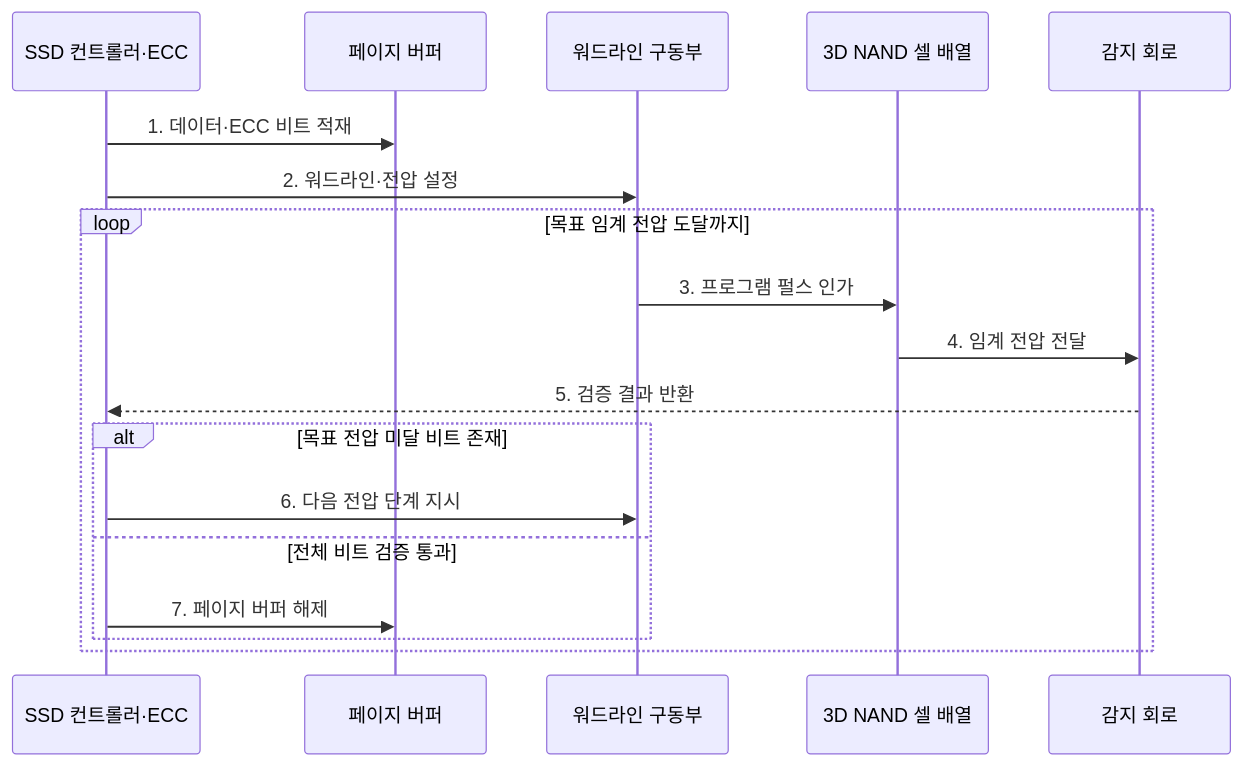
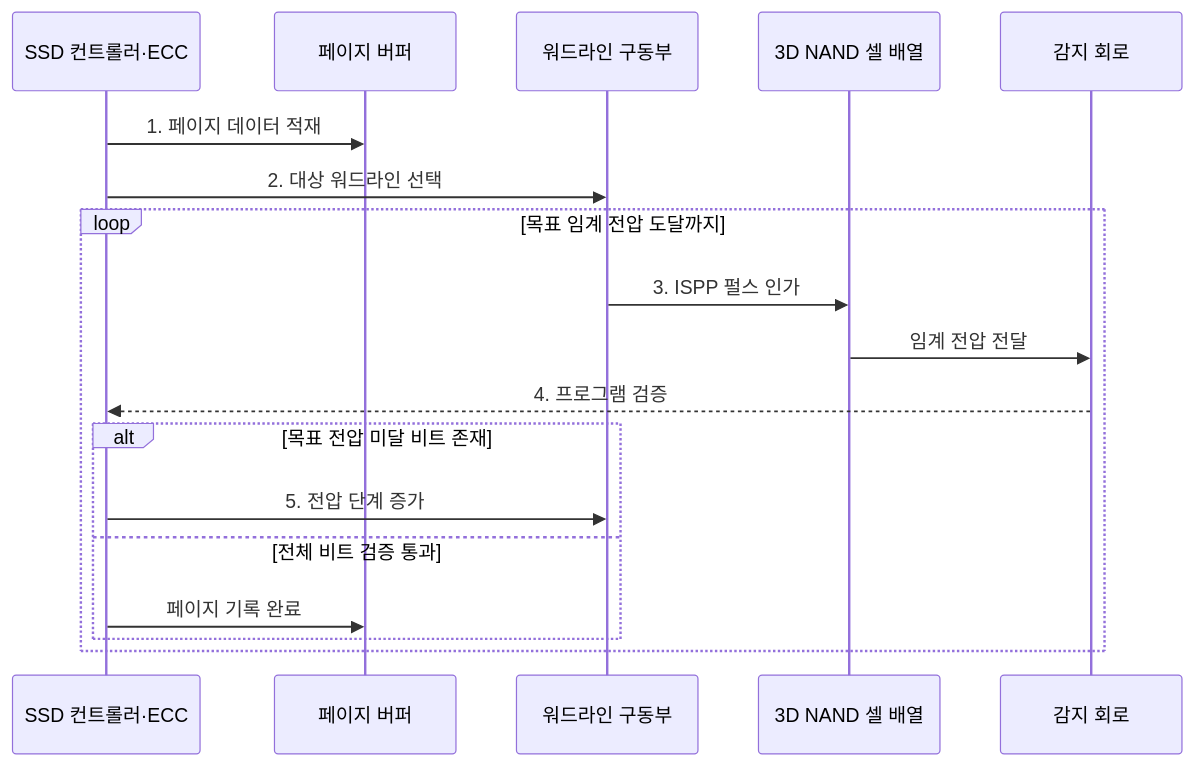
One commit to agnusdei1207/knowledge-base changed the second of 2 diagrams in src/content/docs/notes/02-hardware/031_nand_flash_3d_v_nand.md. Above: the diagram before and after it, drawn with Mermaid. The commit also changed other lines of this file and 86 other files, not shown here.

````diff
--- a/src/content/docs/notes/02-hardware/031_nand_flash_3d_v_nand.md
+++ b/src/content/docs/notes/02-hardware/031_nand_flash_3d_v_nand.md
@@ -94,21 +94,21 @@
 ```mermaid
 sequenceDiagram
     participant H as SSD 컨트롤러·ECC
     participant B as 페이지 버퍼
     participant W as 워드라인 구동부
     participant A as 3D NAND 셀 배열
     participant S as 감지 회로
 
-    H->>B: 1. 데이터·ECC 비트 적재
-    H->>W: 2. 워드라인·전압 설정
+    H->>B: 1. 페이지 데이터 적재
+    H->>W: 2. 대상 워드라인 선택
     loop 목표 임계 전압 도달까지
-        W->>A: 3. 프로그램 펄스 인가
-        A->>S: 4. 임계 전압 전달
-        S-->>H: 5. 검증 결과 반환
+        W->>A: 3. ISPP 펄스 인가
+        A->>S: 임계 전압 전달
+        S-->>H: 4. 프로그램 검증
         alt 목표 전압 미달 비트 존재
-            H->>W: 6. 다음 전압 단계 지시
+            H->>W: 5. 전압 단계 증가
         else 전체 비트 검증 통과
-            H->>B: 7. 페이지 버퍼 해제
+            H->>B: 페이지 기록 완료
         end
     end
 ```
````
